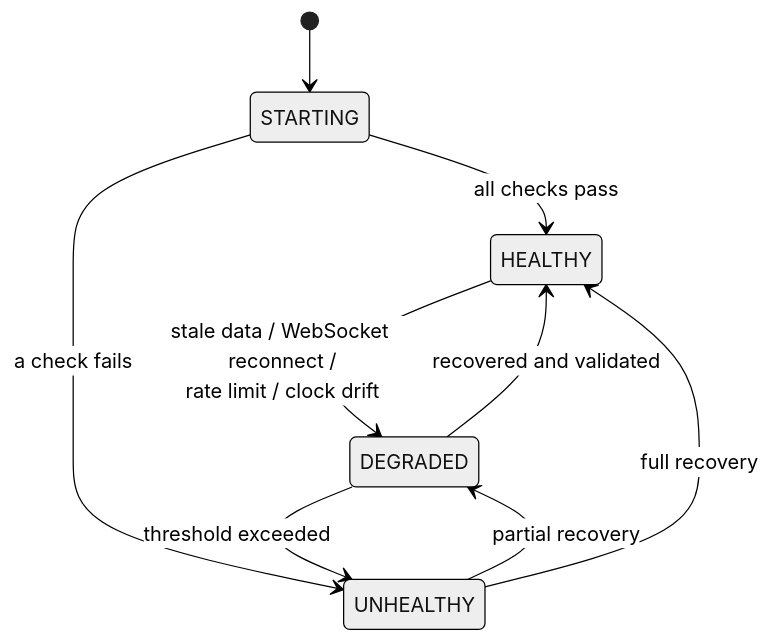
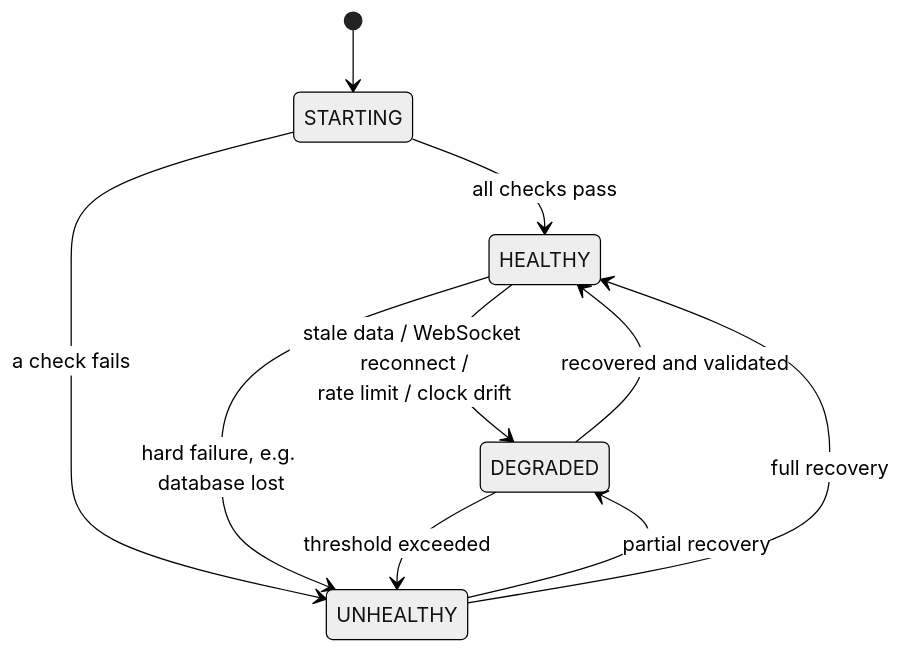
The sixth of 6 diagrams in docs/STATE_MACHINES.md (legione8512/trader), drawn with Mermaid (neutral theme) before and after one commit. The commit also changed other lines of this file and 9 other files, not shown here.

````diff
--- a/docs/STATE_MACHINES.md
+++ b/docs/STATE_MACHINES.md
@@ -171,13 +196,14 @@
 ```mermaid
 stateDiagram-v2
     [*] --> STARTING
     STARTING --> HEALTHY: all checks pass
     STARTING --> UNHEALTHY: a check fails
 
     HEALTHY --> DEGRADED: stale data / WebSocket reconnect /<br/>rate limit / clock drift
+    HEALTHY --> UNHEALTHY: hard failure, e.g. database lost
     DEGRADED --> HEALTHY: recovered and validated
     DEGRADED --> UNHEALTHY: threshold exceeded
 
     UNHEALTHY --> DEGRADED: partial recovery
     UNHEALTHY --> HEALTHY: full recovery
 ```
````
